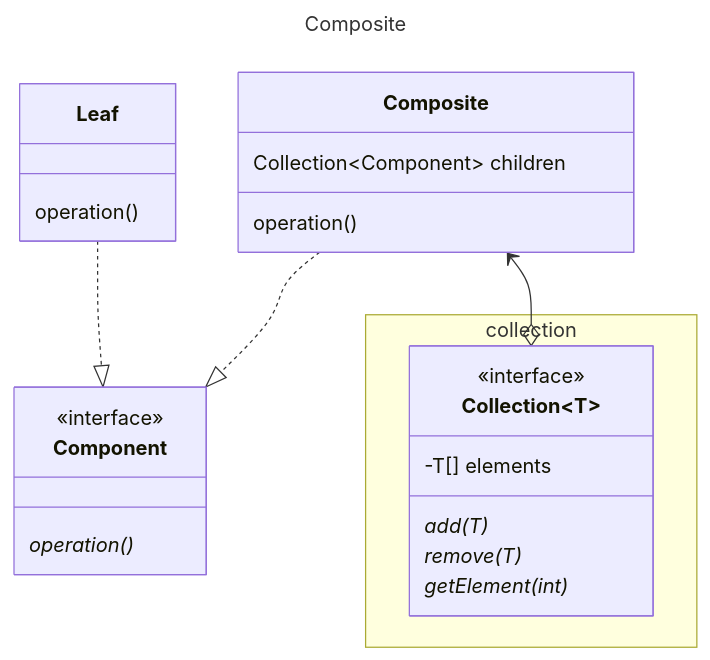
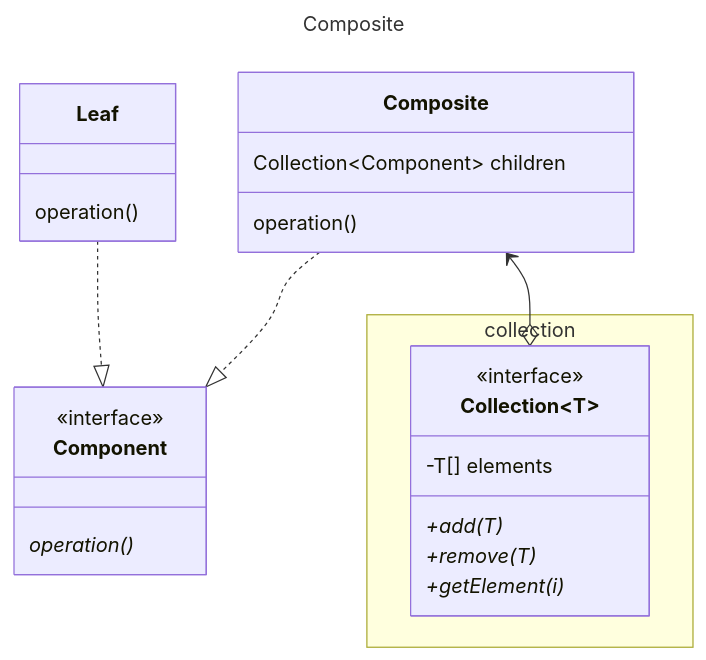
The diagram in src/main/java/org/example/gof/structure/composite/Composite.md (mtrigueira/JGoF), drawn with Mermaid before and after one commit. The commit also changed 24 other files, not shown here.

````diff
--- a/src/main/java/org/example/gof/structure/composite/Composite.md
+++ b/src/main/java/org/example/gof/structure/composite/Composite.md
@@ -1,32 +1,32 @@
 ```mermaid
 ---
 title: Composite
 ---
 classDiagram
 
     class Component {
         <<interface>>
         operation()*
     }
     class Leaf {
         operation()
     }
     class Composite {
         Collection~Component~ children
         operation()
     }
 
     namespace collection {
         class Collection~T~ {
             <<interface>>
             -T[] elements
-            add(T)*
-            remove(T)*
-            getElement(int)*
+            +add(T)*
+            +remove(T)*
+            +getElement(i)*
         }
     }
     Leaf ..|> Component
     Composite ..|> Component
     Composite <--o Collection
     
 ```
````
